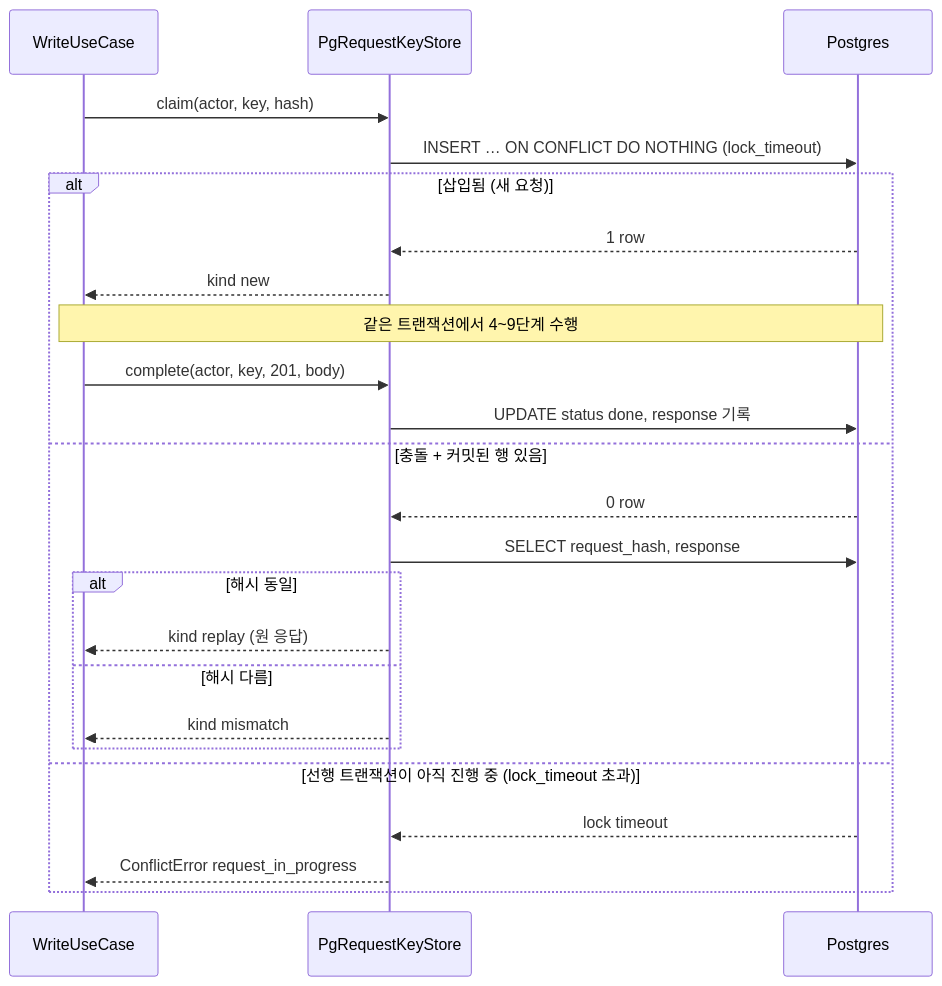
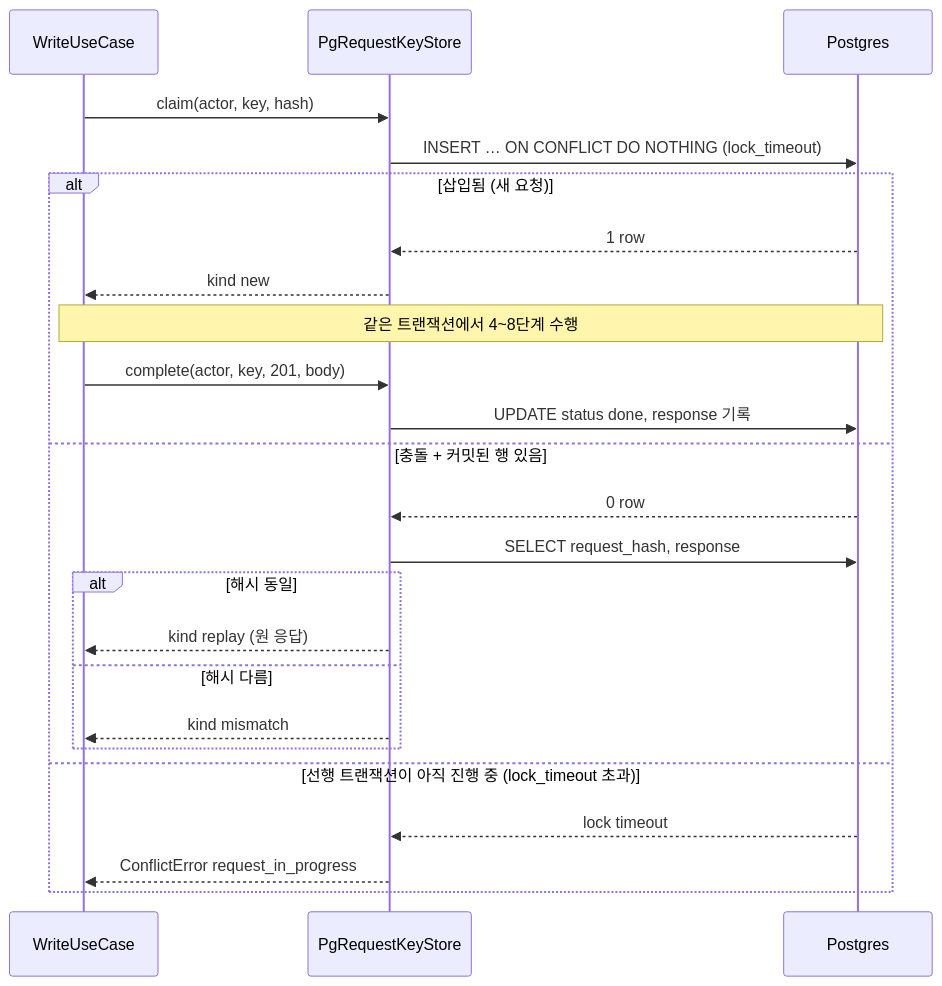
The ninth of 41 diagrams in docs/design/features/11-guestbook-write.md (1985jwlee/portpolio_backend), drawn with Mermaid before and after one commit. The commit also changed other lines of this file and 33 other files, not shown here.

````diff
--- a/docs/design/features/11-guestbook-write.md
+++ b/docs/design/features/11-guestbook-write.md
@@ -545,26 +542,26 @@
 ```mermaid
 sequenceDiagram
     participant H as WriteUseCase
     participant K as PgRequestKeyStore
     participant DB as Postgres
     H->>K: claim(actor, key, hash)
     K->>DB: INSERT … ON CONFLICT DO NOTHING (lock_timeout)
     alt 삽입됨 (새 요청)
         DB-->>K: 1 row
         K-->>H: kind new
-        Note over H,DB: 같은 트랜잭션에서 4~9단계 수행
+        Note over H,DB: 같은 트랜잭션에서 4~8단계 수행
         H->>K: complete(actor, key, 201, body)
         K->>DB: UPDATE status done, response 기록
     else 충돌 + 커밋된 행 있음
         DB-->>K: 0 row
         K->>DB: SELECT request_hash, response
         alt 해시 동일
             K-->>H: kind replay (원 응답)
         else 해시 다름
             K-->>H: kind mismatch
         end
     else 선행 트랜잭션이 아직 진행 중 (lock_timeout 초과)
         DB-->>K: lock timeout
         K-->>H: ConflictError request_in_progress
     end
 ```
````
